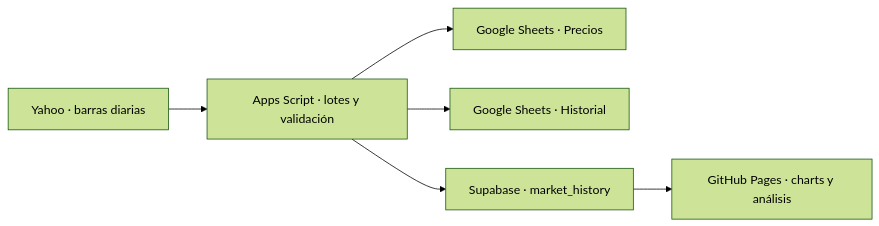
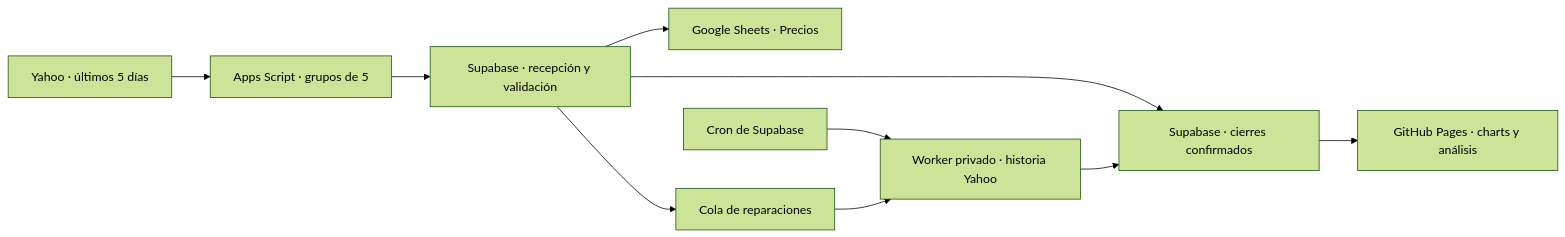
Before and after one commit to jpmauricio2906-bot/market-scanner: the diagram in README.md, drawn with Mermaid (forest theme). The commit also changed other lines of this file and 31 other files, not shown here.

First line of the commit message:
Move market validation and history maintenance into Supabase

````diff
--- a/README.md
+++ b/README.md
@@ -5,8 +7,12 @@
 ```mermaid
 flowchart LR
-  Yahoo[Yahoo · barras diarias] --> Script[Apps Script · lotes y validación]
-  Script --> Precios[Google Sheets · Precios]
-  Script --> Historial[Google Sheets · Historial]
-  Script --> Supabase[Supabase · market_history]
-  Supabase --> Web[GitHub Pages · charts y análisis]
+  Yahoo[Yahoo · últimos 5 días] --> Google[Apps Script · grupos de 5]
+  Google --> RPC[Supabase · recepción y validación]
+  RPC --> Precios[Google Sheets · Precios]
+  RPC --> Historial[Supabase · cierres confirmados]
+  RPC --> Cola[Cola de reparaciones]
+  Cron[Cron de Supabase] --> Worker[Worker privado · historia Yahoo]
+  Cola --> Worker
+  Worker --> Historial
+  Historial --> Web[GitHub Pages · charts y análisis]
 ```
````
